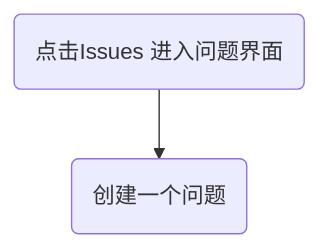
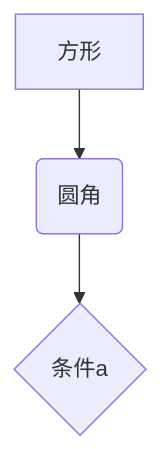
Before and after one commit to Small-Miao/ModBoxIssues: the diagram in README.md, drawn with Mermaid.

````diff
--- a/README.md
+++ b/README.md
@@ -4,4 +4,5 @@
 ```mermaid
 graph TD
-A(点击Issues 进入问题界面)-->B(创建一个问题)
+A[方形] --> B(圆角)
+    B --> C{条件a}
 ```
````
